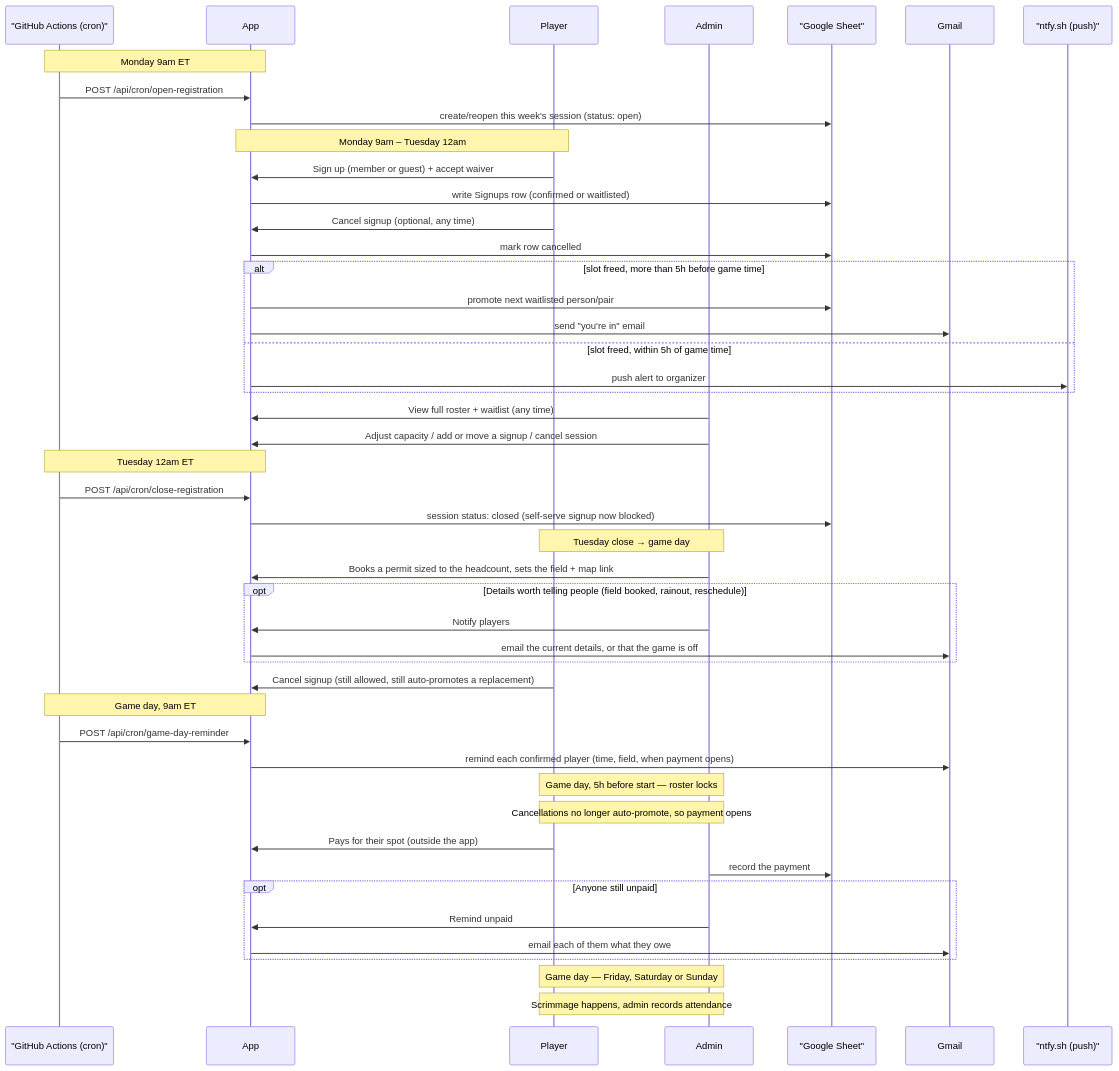
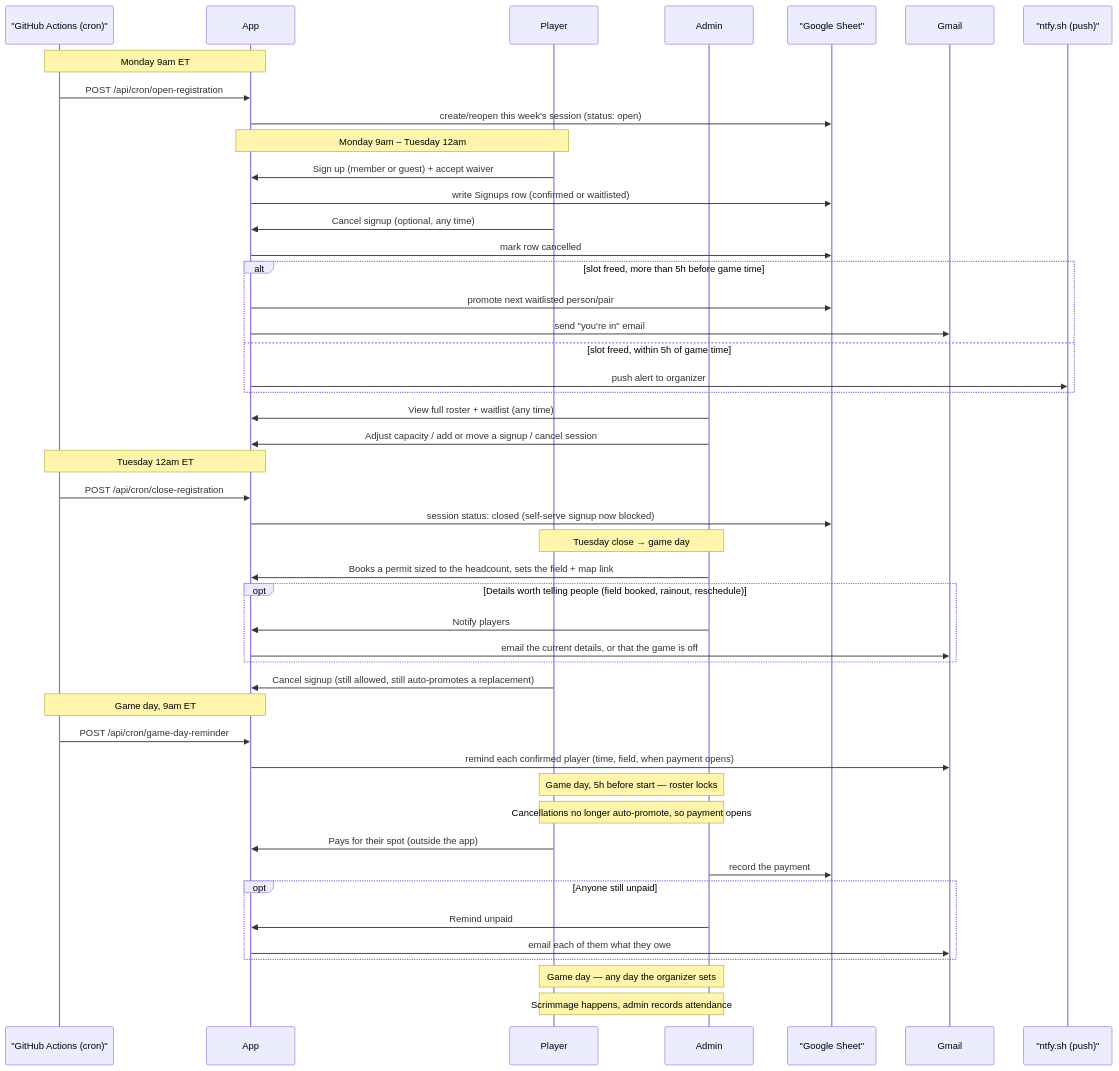
Before and after one commit to jhwchung99/weekly-softball-scrimmage: the diagram in README.md, drawn with Mermaid. The commit also changed 4 other files, not shown here.

````diff
--- a/README.md
+++ b/README.md
@@ -45,57 +45,57 @@
 ```mermaid
 sequenceDiagram
     participant Cron as "GitHub Actions (cron)"
     participant App
     participant Player
     participant Admin
     participant Sheet as "Google Sheet"
     participant Gmail
     participant Ntfy as "ntfy.sh (push)"
 
     Note over Cron,App: Monday 9am ET
     Cron->>App: POST /api/cron/open-registration
     App->>Sheet: create/reopen this week's session (status: open)
 
     Note over Player,App: Monday 9am – Tuesday 12am
     Player->>App: Sign up (member or guest) + accept waiver
     App->>Sheet: write Signups row (confirmed or waitlisted)
     Player->>App: Cancel signup (optional, any time)
     App->>Sheet: mark row cancelled
     alt slot freed, more than 5h before game time
         App->>Sheet: promote next waitlisted person/pair
         App->>Gmail: send "you're in" email
     else slot freed, within 5h of game time
         App->>Ntfy: push alert to organizer
     end
 
     Admin->>App: View full roster + waitlist (any time)
     Admin->>App: Adjust capacity / add or move a signup / cancel session
 
     Note over Cron,App: Tuesday 12am ET
     Cron->>App: POST /api/cron/close-registration
     App->>Sheet: session status: closed (self-serve signup now blocked)
 
     Note over Player,Admin: Tuesday close → game day
     Admin->>App: Books a permit sized to the headcount, sets the field + map link
     opt Details worth telling people (field booked, rainout, reschedule)
         Admin->>App: Notify players
         App->>Gmail: email the current details, or that the game is off
     end
     Player->>App: Cancel signup (still allowed, still auto-promotes a replacement)
 
     Note over Cron,App: Game day, 9am ET
     Cron->>App: POST /api/cron/game-day-reminder
     App->>Gmail: remind each confirmed player (time, field, when payment opens)
 
     Note over Player,Admin: Game day, 5h before start — roster locks
     Note over Player,Admin: Cancellations no longer auto-promote, so payment opens
     Player->>App: Pays for their spot (outside the app)
     Admin->>Sheet: record the payment
     opt Anyone still unpaid
         Admin->>App: Remind unpaid
         App->>Gmail: email each of them what they owe
     end
 
-    Note over Player,Admin: Game day — Friday, Saturday or Sunday
+    Note over Player,Admin: Game day — any day the organizer sets
     Note over Player,Admin: Scrimmage happens, admin records attendance
 ```
````
